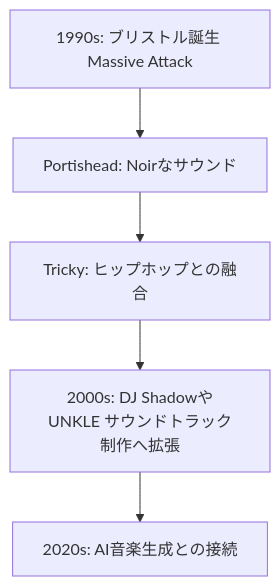
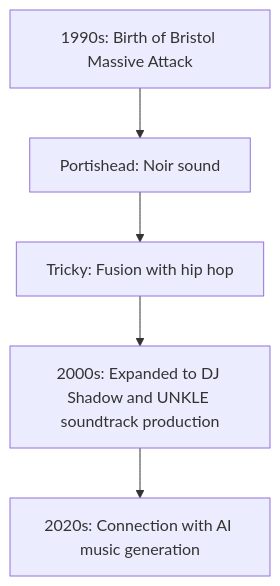
Before and after one commit to monumental-movement/monumental-movement.github.io: the first of 2 diagrams in en/_posts/2025-09-21-Column-Triphop.md, drawn with Mermaid. The commit also changed other lines of this file and 152 other files, not shown here.

```diff
--- a/en/_posts/2025-09-21-Column-Triphop.md
+++ b/en/_posts/2025-09-21-Column-Triphop.md
@@ -54,7 +54,7 @@
 <div class="mermaid">
 flowchart TD
-    A["1990s: ブリストル誕生 Massive Attack"] --> B["Portishead: Noirなサウンド"]
-    B --> C["Tricky: ヒップホップとの融合"]
-    C --> D["2000s: DJ ShadowやUNKLE サウンドトラック制作へ拡張"]
-    D --> E["2020s: AI音楽生成との接続"]
+    A["1990s: Birth of Bristol Massive Attack"] --> B["Portishead: Noir sound"]
+    B --> C["Tricky: Fusion with hip hop"]
+    C --> D["2000s: Expanded to DJ Shadow and UNKLE soundtrack production"]
+    D --> E["2020s: Connection with AI music generation"]
 </div>
```
